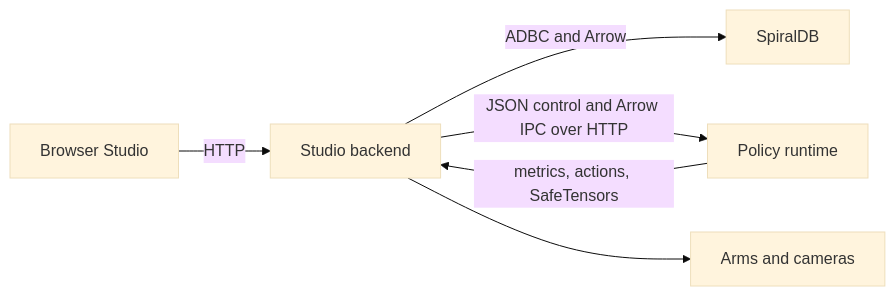
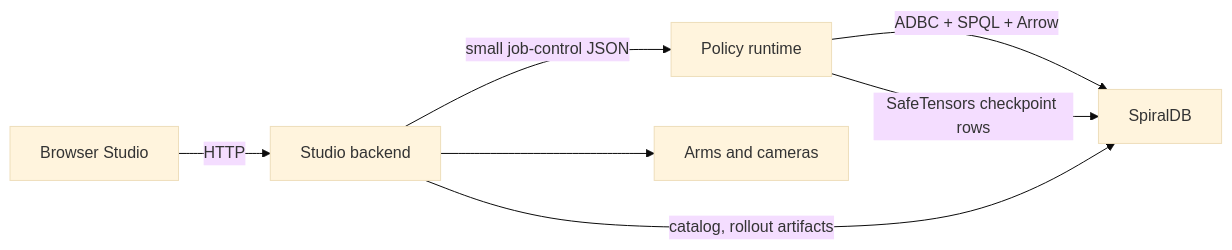
One commit to spiraldb/robotics.spiral.build changed the diagram in spec/training/runtime.md. Above: the diagram before and after it, drawn with Mermaid (base theme). The commit also changed other lines of this file and 47 other files, not shown here.

````diff
--- a/spec/training/runtime.md
+++ b/spec/training/runtime.md
@@ -11,8 +11,9 @@
 ```mermaid
 flowchart LR
     Browser["Browser Studio"] -->|"HTTP"| Backend["Studio backend"]
-    Backend -->|"ADBC and Arrow"| Spiral["SpiralDB"]
-    Backend -->|"JSON control and Arrow IPC over HTTP"| Runtime["Policy runtime"]
-    Runtime -->|"metrics, actions, SafeTensors"| Backend
+    Backend -->|"small job-control JSON"| Runtime["Policy runtime"]
+    Runtime -->|"ADBC + SPQL + Arrow"| Spiral["SpiralDB"]
+    Runtime -->|"SafeTensors checkpoint rows"| Spiral
+    Backend -->|"catalog, rollout artifacts"| Spiral
     Backend --> Hardware["Arms and cameras"]
 ```
````
